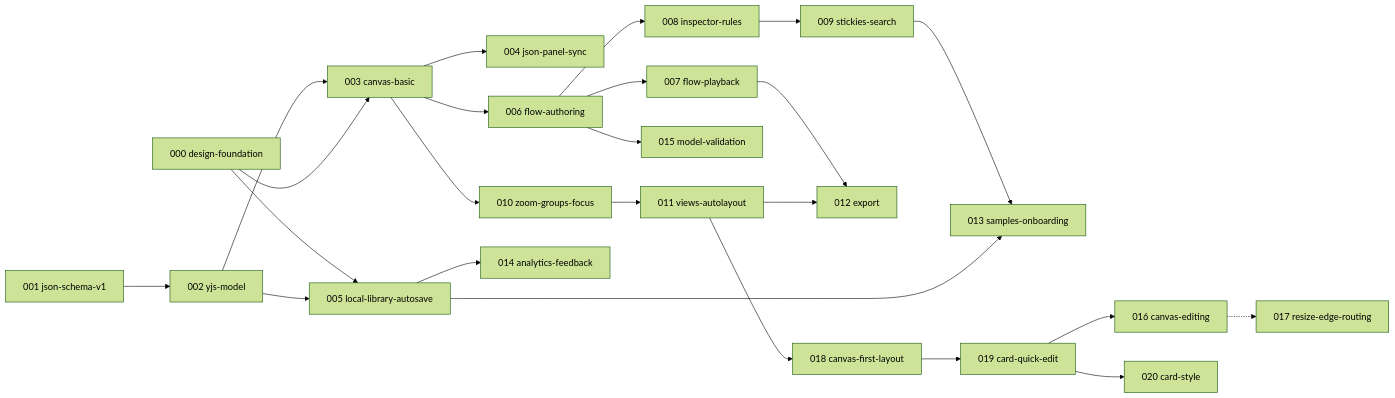
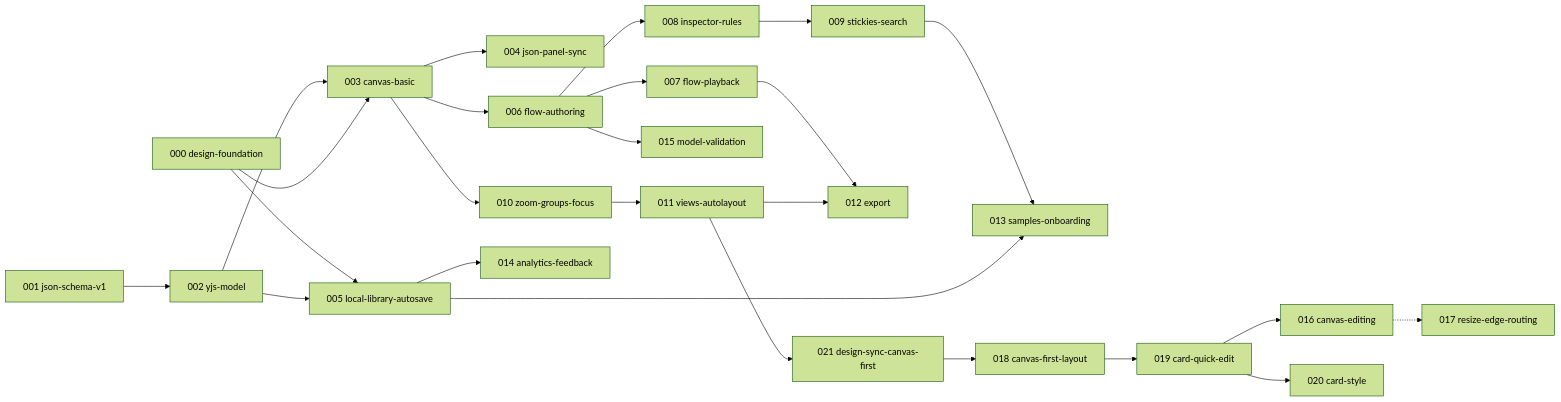
Before and after one commit to FamManh/sododeck: the diagram in docs/backlog.md, drawn with Mermaid (forest theme). The commit also changed other lines of this file and 2 other files, not shown here.

First line of the commit message:
docs: canvas-first design deltas, 021 design sync and remaining order

````diff
--- a/docs/backlog.md
+++ b/docs/backlog.md
@@ -45,43 +59,44 @@
 ```mermaid
 flowchart LR
   F000[000 design-foundation]
   F001[001 json-schema-v1]
   F002[002 yjs-model]
   F003[003 canvas-basic]
   F004[004 json-panel-sync]
   F005[005 local-library-autosave]
   F006[006 flow-authoring]
   F007[007 flow-playback]
   F008[008 inspector-rules]
   F015[015 model-validation]
   F009[009 stickies-search]
   F010[010 zoom-groups-focus]
   F011[011 views-autolayout]
   F012[012 export]
   F013[013 samples-onboarding]
   F014[014 analytics-feedback]
   F016[016 canvas-editing]
   F017[017 resize-edge-routing]
   F018[018 canvas-first-layout]
   F019[019 card-quick-edit]
   F020[020 card-style]
+  F021[021 design-sync-canvas-first]
 
   F001 --> F002 --> F003
   F000 --> F003
   F000 --> F005
   F002 --> F005
   F003 --> F004
   F003 --> F006 --> F007
   F006 --> F008 --> F009
   F006 --> F015
   F003 --> F010 --> F011
   F007 --> F012
   F011 --> F012
   F009 --> F013
   F005 --> F013
   F005 --> F014
-  F011 --> F018 --> F019
+  F011 --> F021 --> F018 --> F019
   F019 --> F016
   F016 -.-> F017
   F019 --> F020
 ```
````
